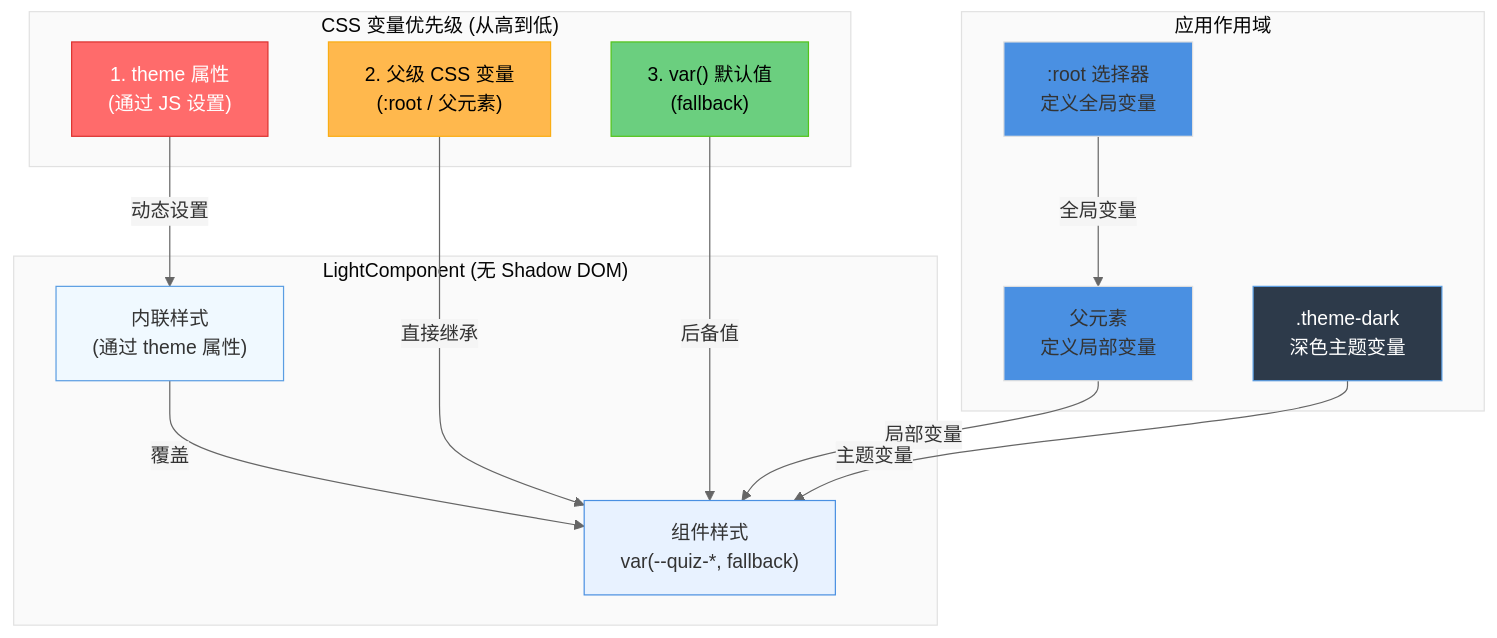
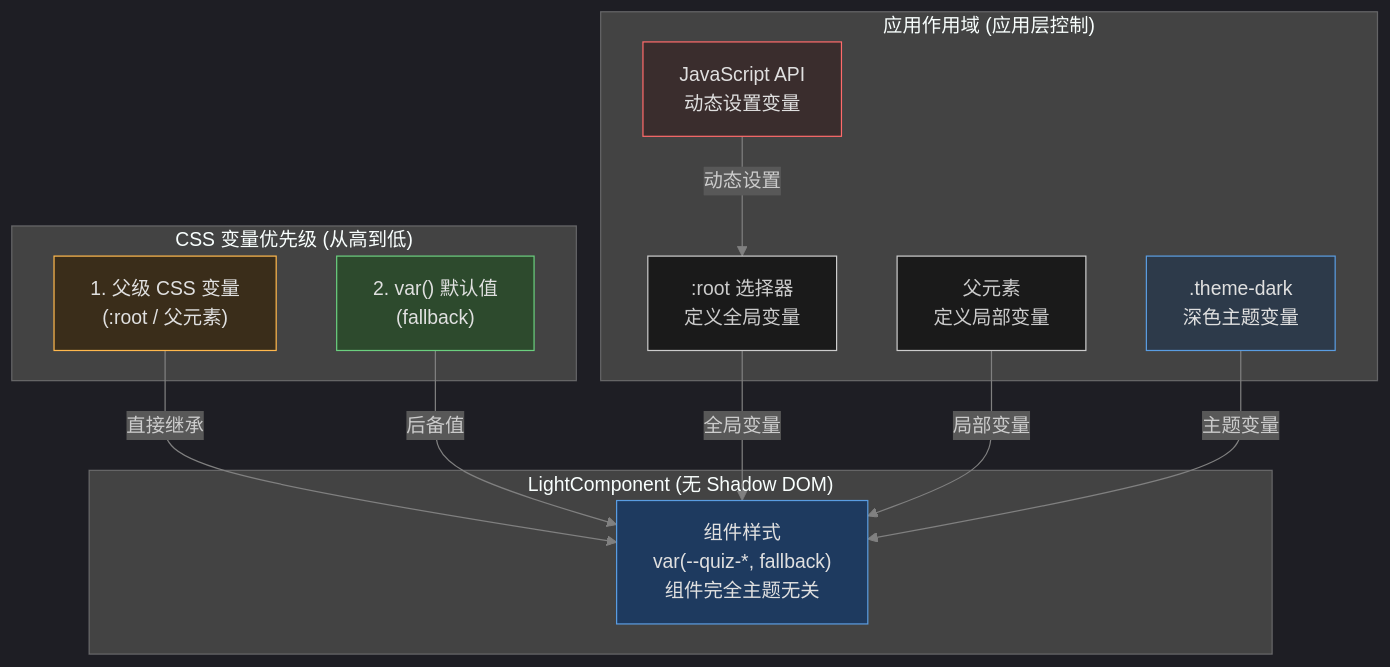
The third of 4 diagrams in docs/rfc/0008-wsx-theming-system.md (quizerjs/quizerjs), drawn with Mermaid before and after one commit. The commit also changed other lines of this file and 17 other files, not shown here.

````diff
--- a/docs/rfc/0008-wsx-theming-system.md
+++ b/docs/rfc/0008-wsx-theming-system.md
@@ -196,36 +234,33 @@
 ```mermaid
-%%{init: {'theme':'base', 'themeVariables': {'primaryColor':'#4a90e2','primaryTextColor':'#333','primaryBorderColor':'#e0e0e0','lineColor':'#666','secondaryColor':'#f5f5f5','tertiaryColor':'#fafafa'}}}%%
+%%{init: {'theme':'dark', 'themeVariables': {'primaryColor':'#5a9de2','primaryTextColor':'#e0e0e0','primaryBorderColor':'#404040','lineColor':'#808080','secondaryColor':'#2d2d2d','tertiaryColor':'#262626','background':'#1a1a1a','mainBkg':'#1a1a1a','secondBkg':'#262626','tertiaryBkg':'#2d2d2d'}}}%%
 graph TD
     subgraph Priority["CSS 变量优先级 (从高到低)"]
-        P1["1. theme 属性<br/>(通过 JS 设置)"]
-        P2["2. 父级 CSS 变量<br/>(:root / 父元素)"]
-        P3["3. var() 默认值<br/>(fallback)"]
+        P1["1. 父级 CSS 变量<br/>(:root / 父元素)"]
+        P2["2. var() 默认值<br/>(fallback)"]
     end
 
     subgraph LightComponent["LightComponent (无 Shadow DOM)"]
-        Component["组件样式<br/>var(--quiz-*, fallback)"]
-        InlineStyle["内联样式<br/>(通过 theme 属性)"]
+        Component["组件样式<br/>var(--quiz-*, fallback)<br/>组件完全主题无关"]
     end
 
-    subgraph AppScope["应用作用域"]
+    subgraph AppScope["应用作用域 (应用层控制)"]
         Root[":root 选择器<br/>定义全局变量"]
         Parent["父元素<br/>定义局部变量"]
         ThemeClass[".theme-dark<br/>深色主题变量"]
+        JSAPI["JavaScript API<br/>动态设置变量"]
     end
 
-    P1 -->|动态设置| InlineStyle
-    P2 -->|直接继承| Component
-    P3 -->|后备值| Component
+    P1 -->|直接继承| Component
+    P2 -->|后备值| Component
     
-    Root -->|全局变量| Parent
+    Root -->|全局变量| Component
     Parent -->|局部变量| Component
     ThemeClass -->|主题变量| Component
-    InlineStyle -->|覆盖| Component
+    JSAPI -->|动态设置| Root
 
-    style P1 fill:#ff6b6b,stroke:#dc322f,color:#fff
-    style P2 fill:#ffb84d,stroke:#faad14,color:#000
-    style P3 fill:#6bcf7f,stroke:#52c41a,color:#000
-    style Component fill:#e8f2ff,stroke:#4a90e2
-    style InlineStyle fill:#f0f9ff,stroke:#5a9de2
-    style ThemeClass fill:#2d3a4a,stroke:#5a9de2,color:#fff
+    style P1 fill:#3a2d1a,stroke:#ffb84d,color:#e0e0e0
+    style P2 fill:#2d4a2d,stroke:#6bcf7f,color:#e0e0e0
+    style Component fill:#1e3a5f,stroke:#5a9de2,color:#e0e0e0
+    style ThemeClass fill:#2d3a4a,stroke:#5a9de2,color:#e0e0e0
+    style JSAPI fill:#3a2d2d,stroke:#ff6b6b,color:#e0e0e0
 ```
````
